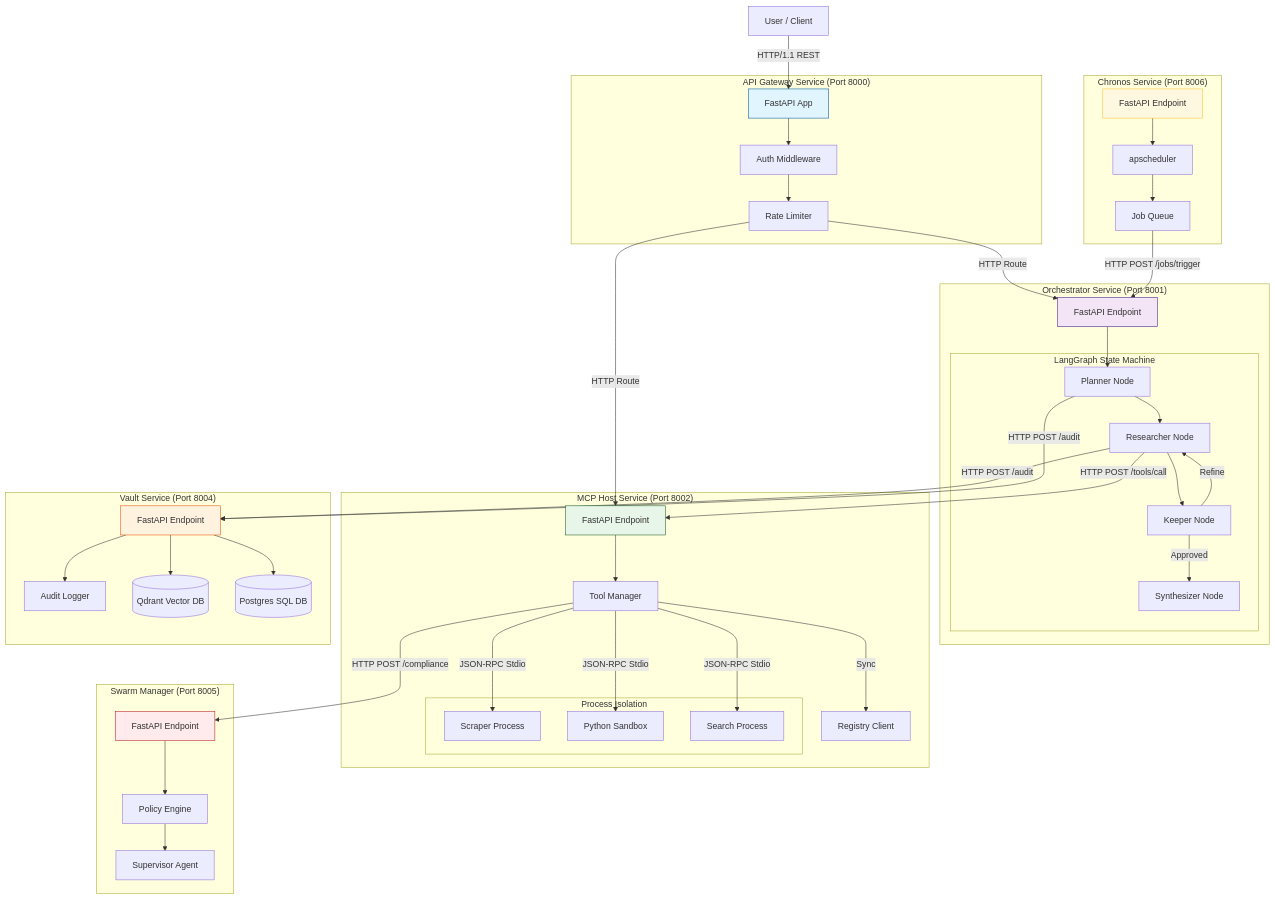
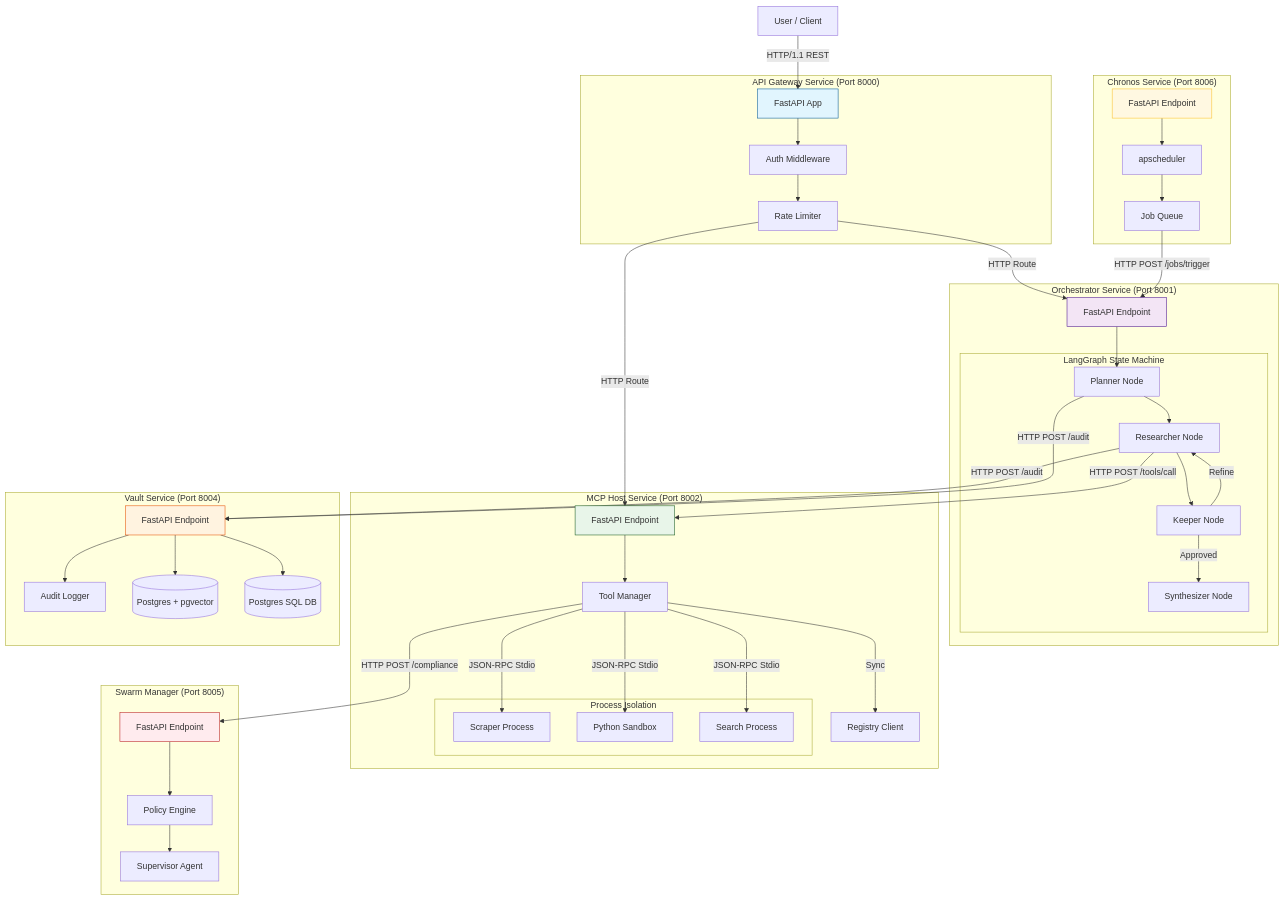
One commit to azzindani/Kea changed the second of 6 diagrams in README.md. Above: the diagram before and after it, drawn with Mermaid. The commit also changed other lines of this file and 14 other files, not shown here.

```diff
--- a/README.md
+++ b/README.md
@@ -481,7 +481,7 @@
     subgraph "Vault Service (Port 8004)"
         VaultAPI[FastAPI Endpoint]
         AuditLog[Audit Logger]
-        VectorDB[(Qdrant Vector DB)]
+        VectorDB[(Postgres + pgvector)]
         SQLDB[(Postgres SQL DB)]
         
         VaultAPI --> AuditLog
```
